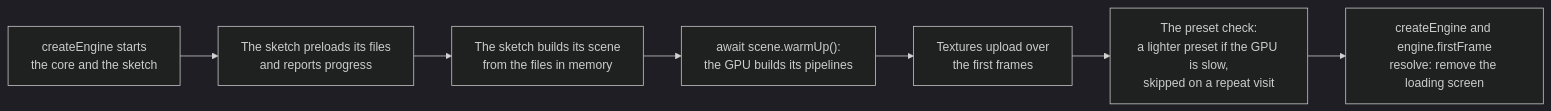
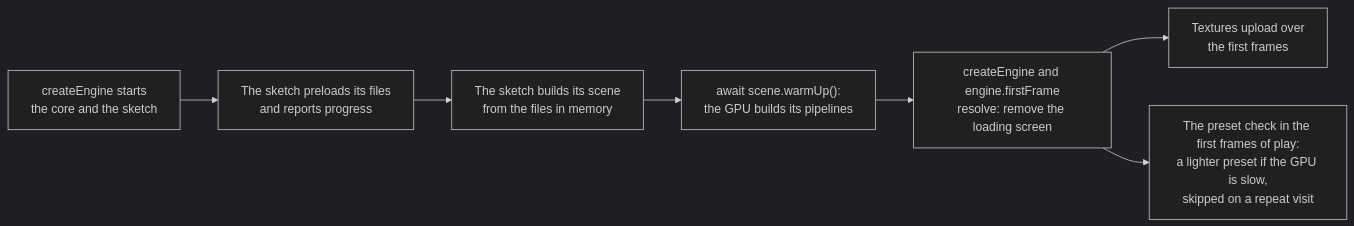
Before and after one commit to null3d-engine/null3d: the diagram in docs/guides/loading-screens.md, drawn with Mermaid (dark theme). The commit also changed other lines of this file and 30 other files, not shown here.

````diff
--- a/docs/guides/loading-screens.md
+++ b/docs/guides/loading-screens.md
@@ -13,9 +13,9 @@
 ```mermaid
 flowchart LR
     start["createEngine starts<br/>the core and the sketch"] --> preload["The sketch preloads its files<br/>and reports progress"]
     preload --> setup["The sketch builds its scene<br/>from the files in memory"]
     setup --> warm["await scene.warmUp():<br/>the GPU builds its pipelines"]
-    warm --> uploads["Textures upload over<br/>the first frames"]
-    uploads --> check["The preset check:<br/>a lighter preset if the GPU is slow,<br/>skipped on a repeat visit"]
-    check --> first["createEngine and engine.firstFrame<br/>resolve: remove the loading screen"]
+    warm --> first["createEngine and engine.firstFrame<br/>resolve: remove the loading screen"]
+    first --> uploads["Textures upload over<br/>the first frames"]
+    first --> check["The preset check in the first frames of play:<br/>a lighter preset if the GPU is slow,<br/>skipped on a repeat visit"]
 ```
````
